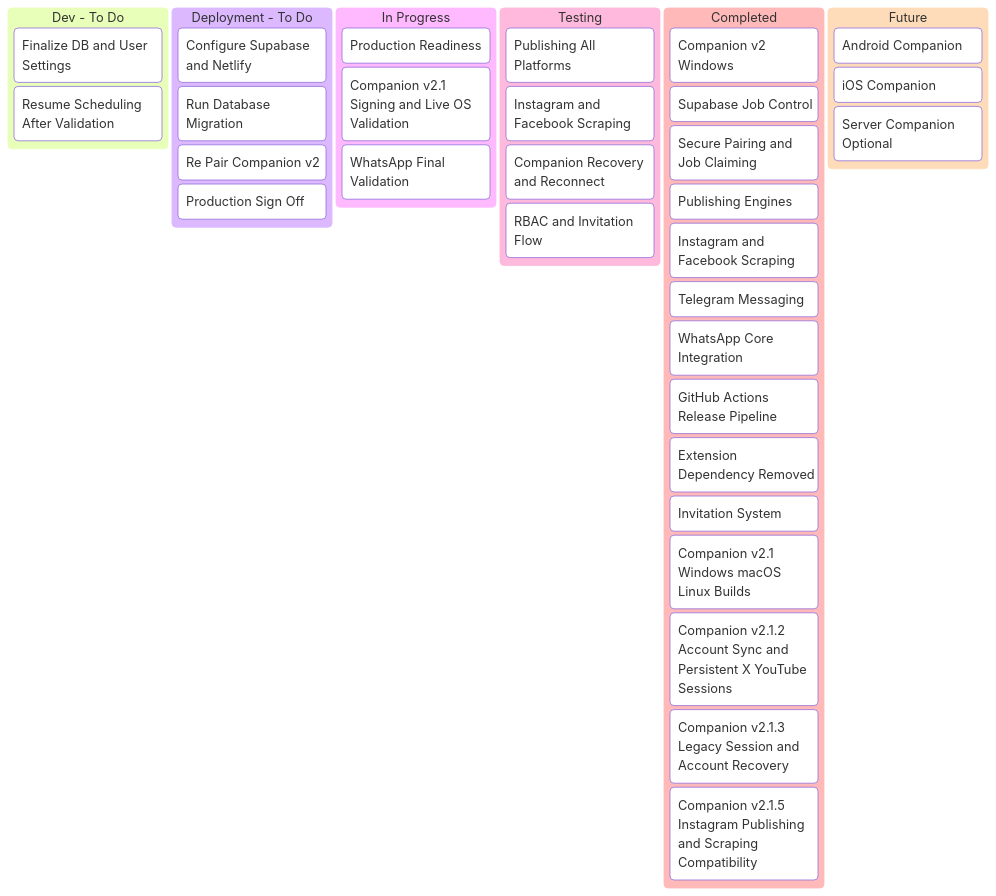
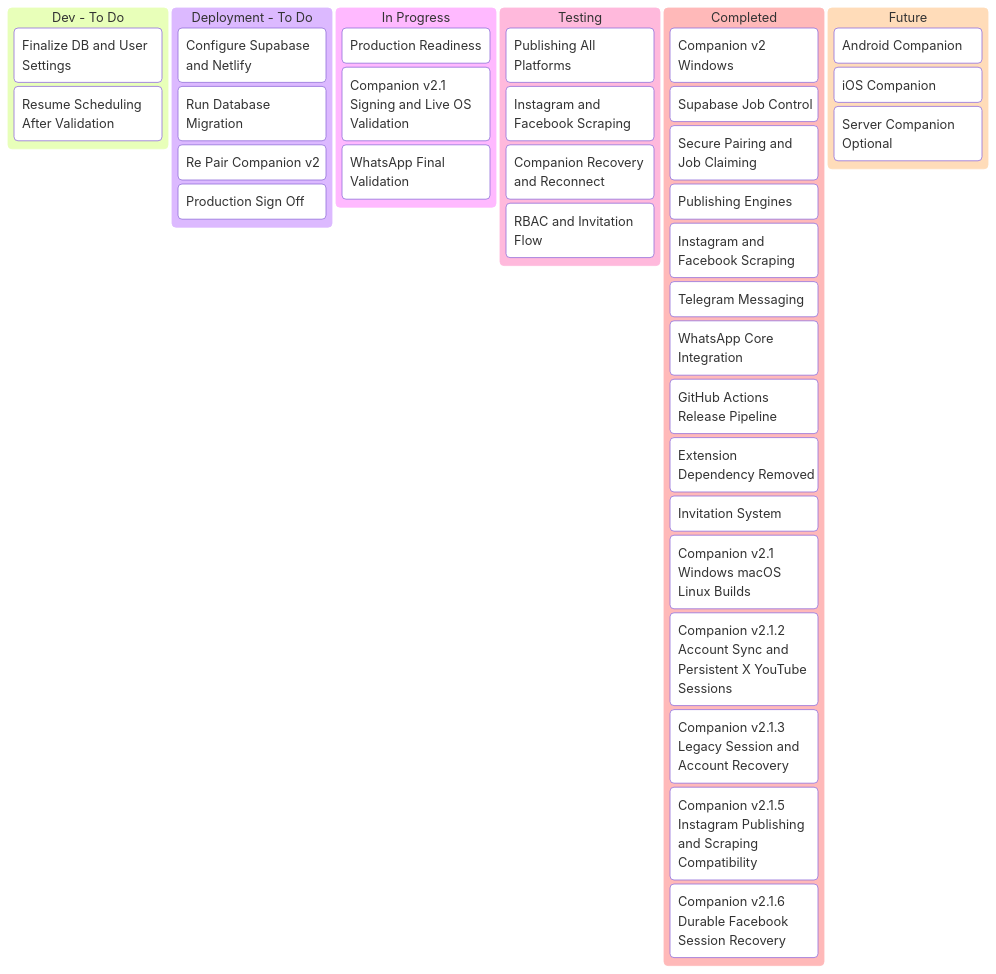
Before and after one commit to tinitiateprime/agentic-that: the first of 2 diagrams in agentic-that-project-tracker.md, drawn with Mermaid. The commit also changed 15 other files, not shown here.

Commit message:
release: persist facebook companion sessions

````diff
--- a/agentic-that-project-tracker.md
+++ b/agentic-that-project-tracker.md
@@ -5,44 +5,45 @@
 ```mermaid
 kanban
   devTodo[Dev - To Do]
     dev1[Finalize DB and User Settings]
     dev2[Resume Scheduling After Validation]
 
   deploymentTodo[Deployment - To Do]
     dep1[Configure Supabase and Netlify]
     dep2[Run Database Migration]
     dep3[Re Pair Companion v2]
     dep4[Production Sign Off]
 
   inProgress[In Progress]
     prog1[Production Readiness]
     prog2[Companion v2.1 Signing and Live OS Validation]
     prog3[WhatsApp Final Validation]
 
   testing[Testing]
     test1[Publishing All Platforms]
     test2[Instagram and Facebook Scraping]
     test3[Companion Recovery and Reconnect]
     test4[RBAC and Invitation Flow]
 
   completed[Completed]
     done1[Companion v2 Windows]
     done2[Supabase Job Control]
     done3[Secure Pairing and Job Claiming]
     done4[Publishing Engines]
     done5[Instagram and Facebook Scraping]
     done6[Telegram Messaging]
     done7[WhatsApp Core Integration]
     done8[GitHub Actions Release Pipeline]
     done9[Extension Dependency Removed]
     done10[Invitation System]
     done11[Companion v2.1 Windows macOS Linux Builds]
     done12[Companion v2.1.2 Account Sync and Persistent X YouTube Sessions]
     done13[Companion v2.1.3 Legacy Session and Account Recovery]
     done14[Companion v2.1.5 Instagram Publishing and Scraping Compatibility]
+    done15[Companion v2.1.6 Durable Facebook Session Recovery]
 
   future[Future]
     future1[Android Companion]
     future2[iOS Companion]
     future3[Server Companion Optional]
 ```
````
